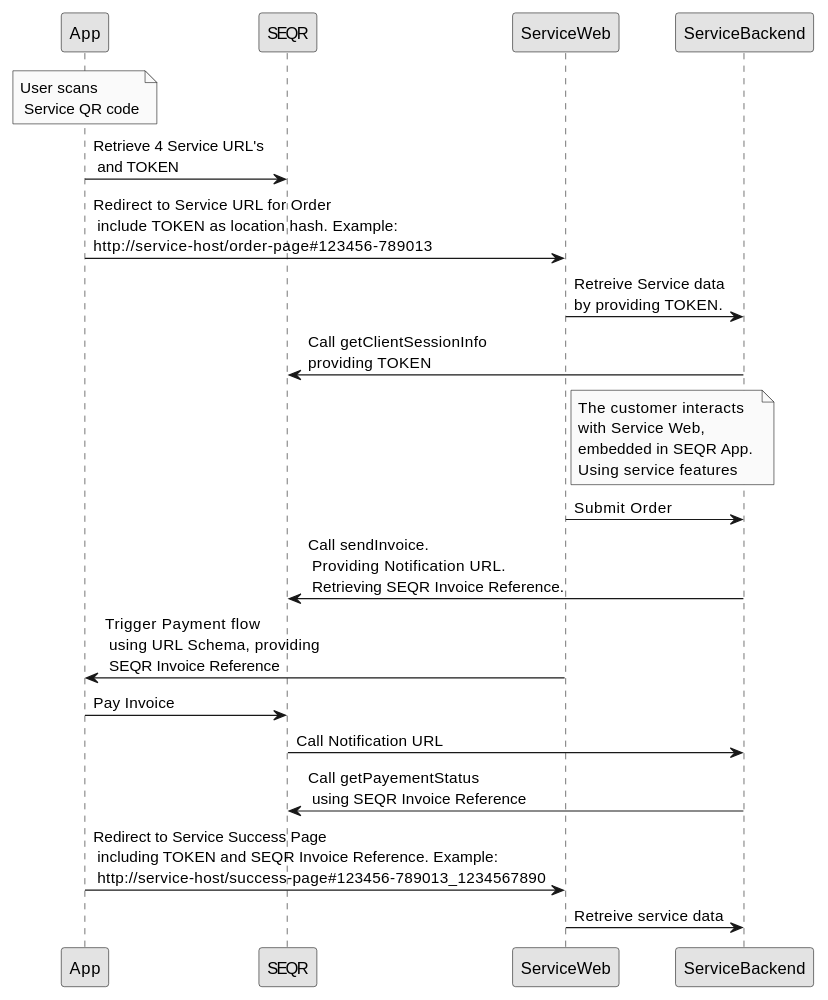
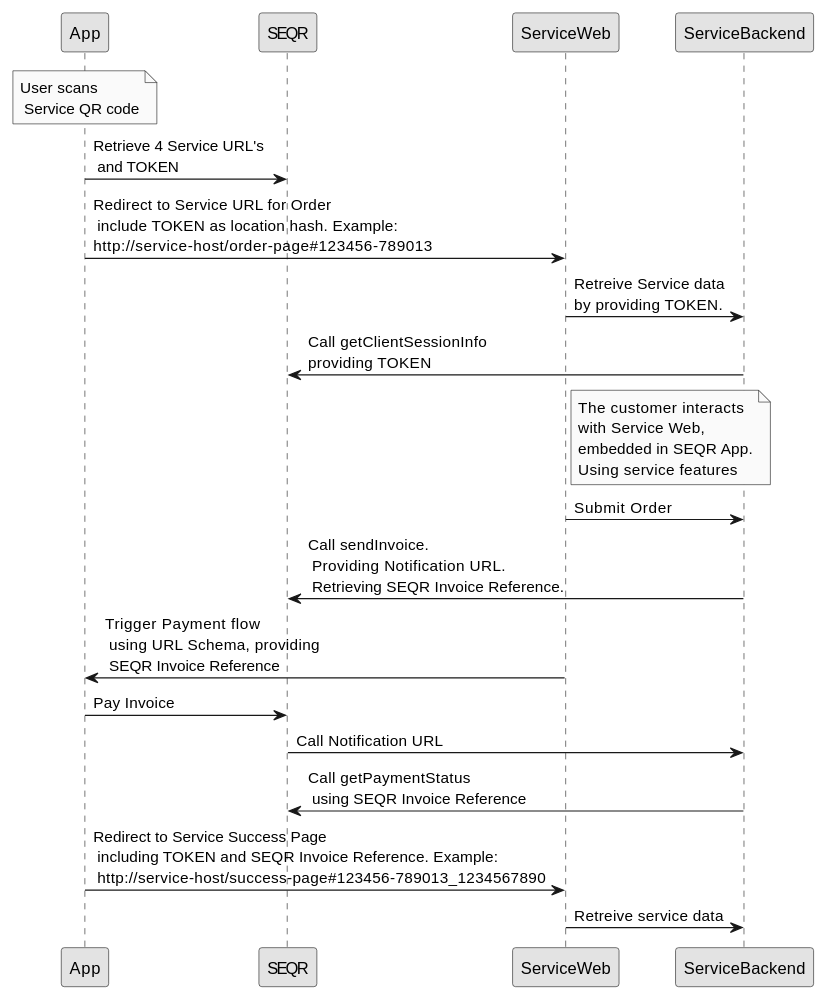
Before and after one commit to SeamlessDistribution/SeamlessDistribution.github.io: the diagram in merchant/externalservices/index.md, drawn with PlantUML. The commit also changed other lines of this file and 1 other file, not shown here.

```diff
--- a/merchant/externalservices/index.md
+++ b/merchant/externalservices/index.md
@@ -14,26 +14,26 @@
 @startuml
 
 scale 650 width
 skinparam monochrome true
 
 Note over App: User scans \n Service QR code
 App->SEQR: Retrieve 4 Service URL's \n and TOKEN
 App->ServiceWeb: Redirect to Service URL for Order \n include TOKEN as location hash. Example:\nhttp://service-host/order-page#123456-789013
 ServiceWeb->ServiceBackend: Retreive Service data\nby providing TOKEN.
 ServiceBackend->SEQR: Call getClientSessionInfo \nproviding TOKEN
-note right of ServiceWeb 
+note right of ServiceWeb
 	The customer interacts
-	with Service Web, 
-	embedded in SEQR App. 
+	with Service Web,
+	embedded in SEQR App.
 	Using service features
 end note
 ServiceWeb->ServiceBackend: Submit Order
 ServiceBackend->SEQR: Call sendInvoice.\n Providing Notification URL.\n Retrieving SEQR Invoice Reference.
 ServiceWeb->App: Trigger Payment flow\n using URL Schema, providing\n SEQR Invoice Reference
 App->SEQR: Pay Invoice
 SEQR->ServiceBackend: Call Notification URL
-ServiceBackend->SEQR: Call getPayementStatus\n using SEQR Invoice Reference
+ServiceBackend->SEQR: Call getPaymentStatus\n using SEQR Invoice Reference
 App->ServiceWeb: Redirect to Service Success Page\n including TOKEN and SEQR Invoice Reference. Example: \n http://service-host/success-page#123456-789013_1234567890
-ServiceWeb->ServiceBackend: Retreive service data 
+ServiceWeb->ServiceBackend: Retreive service data
 
 @enduml
```
